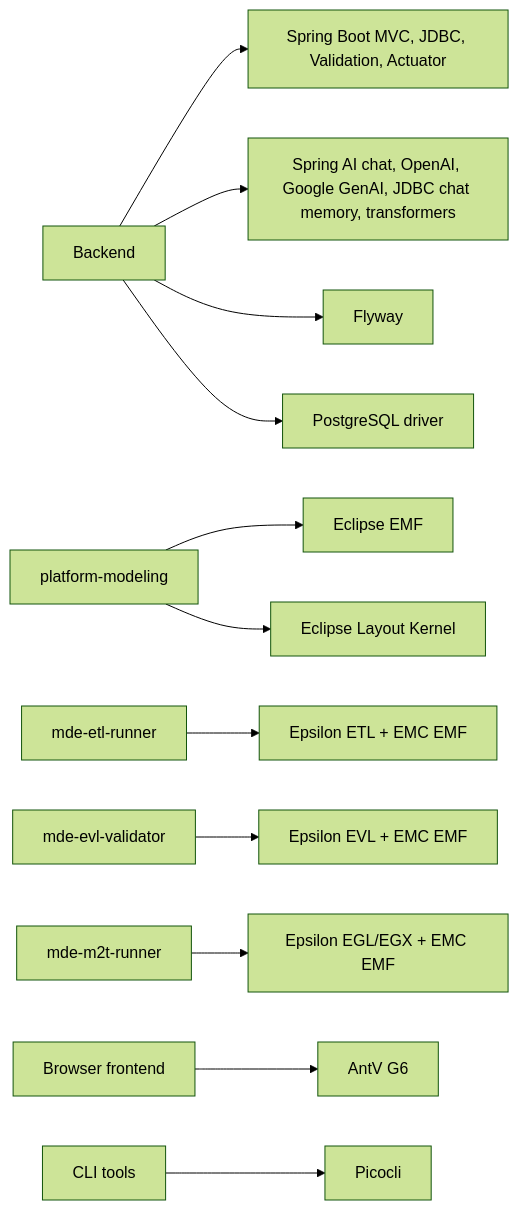
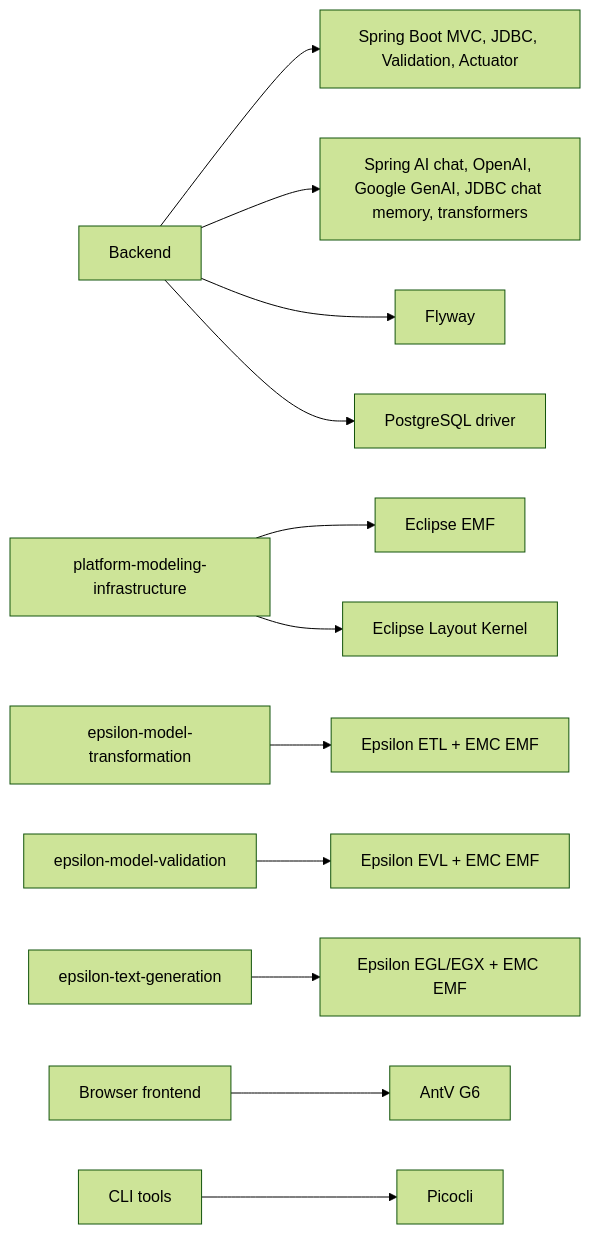
One commit to mehdieidi/modriss changed the second of 3 diagrams in docs/diagrams/05-module-dependencies.md. Above: the diagram before and after it, drawn with Mermaid (forest theme). The commit also changed other lines of this file and 369 other files, not shown here.

````diff
--- a/docs/diagrams/05-module-dependencies.md
+++ b/docs/diagrams/05-module-dependencies.md
@@ -71,15 +71,15 @@
 ```mermaid
 flowchart LR
     backend["Backend"] --> spring["Spring Boot MVC, JDBC, Validation, Actuator"]
     backend --> springai["Spring AI chat, OpenAI, Google GenAI, JDBC chat memory, transformers"]
     backend --> flyway["Flyway"]
     backend --> pg["PostgreSQL driver"]
 
-    modeling["platform-modeling"] --> emf["Eclipse EMF"]
+    modeling["platform-modeling-infrastructure"] --> emf["Eclipse EMF"]
     modeling --> elk["Eclipse Layout Kernel"]
-    etl["mde-etl-runner"] --> epsilonEtl["Epsilon ETL + EMC EMF"]
-    evl["mde-evl-validator"] --> epsilonEvl["Epsilon EVL + EMC EMF"]
-    m2t["mde-m2t-runner"] --> epsilonEgl["Epsilon EGL/EGX + EMC EMF"]
+    etl["epsilon-model-transformation"] --> epsilonEtl["Epsilon ETL + EMC EMF"]
+    evl["epsilon-model-validation"] --> epsilonEvl["Epsilon EVL + EMC EMF"]
+    m2t["epsilon-text-generation"] --> epsilonEgl["Epsilon EGL/EGX + EMC EMF"]
     frontend["Browser frontend"] --> g6["AntV G6"]
     tools["CLI tools"] --> picocli["Picocli"]
 ```
````
